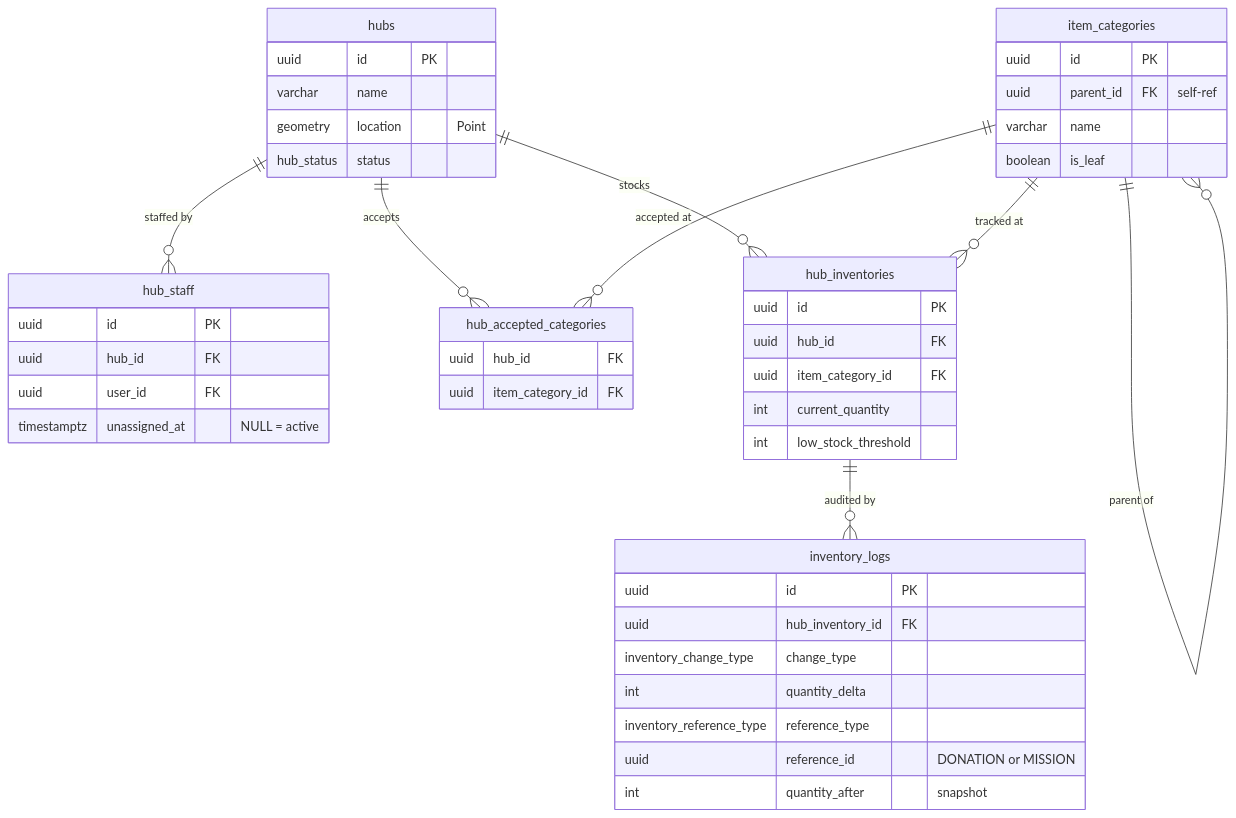
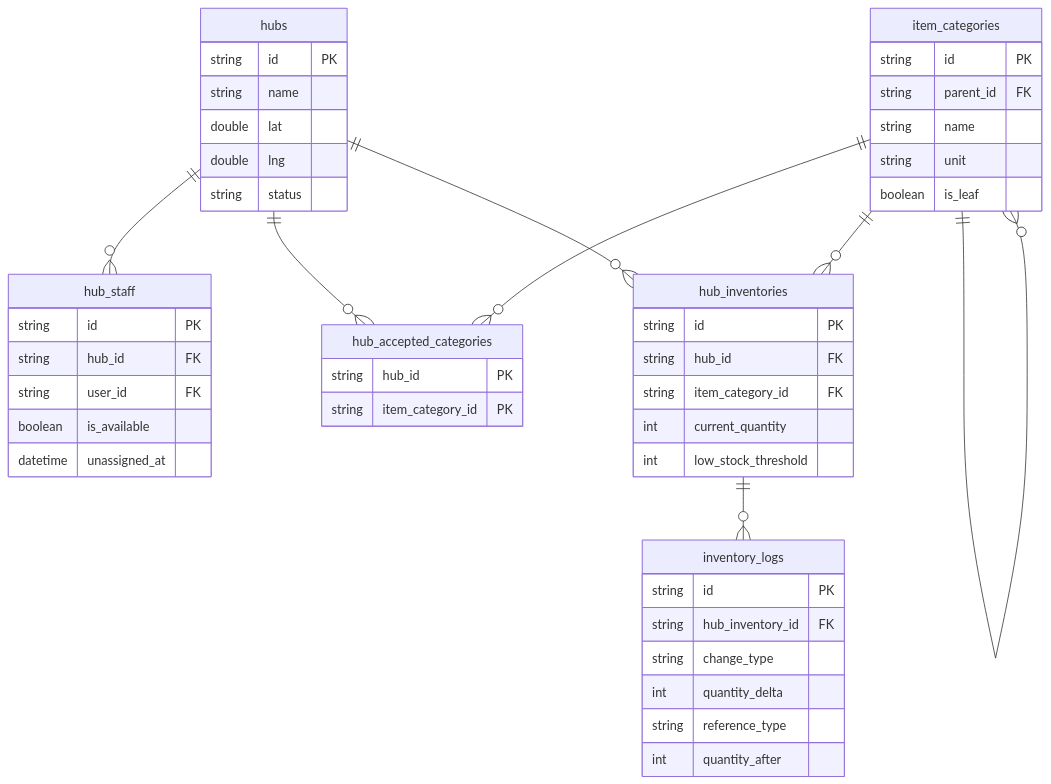
One commit to phatnguyen975/AidBridge changed the third of 6 diagrams in docs/erd.md. Above: the diagram before and after it, drawn with Mermaid. The commit also changed other lines of this file and 15 other files, not shown here.

Commit message:
Database.md and erd.md preview

````diff
--- a/docs/erd.md
+++ b/docs/erd.md
@@ -496,49 +396,51 @@
 ```mermaid
 erDiagram
     hubs {
-        uuid       id       PK
-        varchar    name
-        geometry   location "Point"
-        hub_status status
+        string id PK
+        string name
+        double lat
+        double lng
+        string status
     }
     hub_staff {
-        uuid        id            PK
-        uuid        hub_id        FK
-        uuid        user_id       FK
-        timestamptz unassigned_at "NULL = active"
+        string id PK
+        string hub_id FK
+        string user_id FK
+        boolean is_available
+        datetime unassigned_at
+    }
+    item_categories {
+        string id PK
+        string parent_id FK
+        string name
+        string unit
+        boolean is_leaf
     }
     hub_accepted_categories {
-        uuid hub_id           FK
-        uuid item_category_id FK
-    }
-    item_categories {
-        uuid    id        PK
-        uuid    parent_id FK "self-ref"
-        varchar name
-        boolean is_leaf
+        string hub_id PK
+        string item_category_id PK
     }
     hub_inventories {
-        uuid id                  PK
-        uuid hub_id              FK
-        uuid item_category_id    FK
-        int  current_quantity
-        int  low_stock_threshold
+        string id PK
+        string hub_id FK
+        string item_category_id FK
+        int current_quantity
+        int low_stock_threshold
     }
     inventory_logs {
-        uuid                     id               PK
-        uuid                     hub_inventory_id FK
-        inventory_change_type    change_type
-        int                      quantity_delta
-        inventory_reference_type reference_type
-        uuid                     reference_id     "DONATION or MISSION"
-        int                      quantity_after   "snapshot"
+        string id PK
+        string hub_inventory_id FK
+        string change_type
+        int quantity_delta
+        string reference_type
+        int quantity_after
     }
 
-    hubs              ||--o{  hub_staff                : "staffed by"
-    hubs              ||--o{  hub_accepted_categories  : "accepts"
-    item_categories   ||--o{  hub_accepted_categories  : "accepted at"
-    item_categories   ||--o{  item_categories          : "parent of"
-    hubs              ||--o{  hub_inventories          : "stocks"
-    item_categories   ||--o{  hub_inventories          : "tracked at"
-    hub_inventories   ||--o{  inventory_logs           : "audited by"
+    hubs ||--o{ hub_staff : ""
+    hubs ||--o{ hub_accepted_categories : ""
+    hubs ||--o{ hub_inventories : ""
+    item_categories ||--o{ item_categories : ""
+    item_categories ||--o{ hub_accepted_categories : ""
+    item_categories ||--o{ hub_inventories : ""
+    hub_inventories ||--o{ inventory_logs : ""
 ```
````
